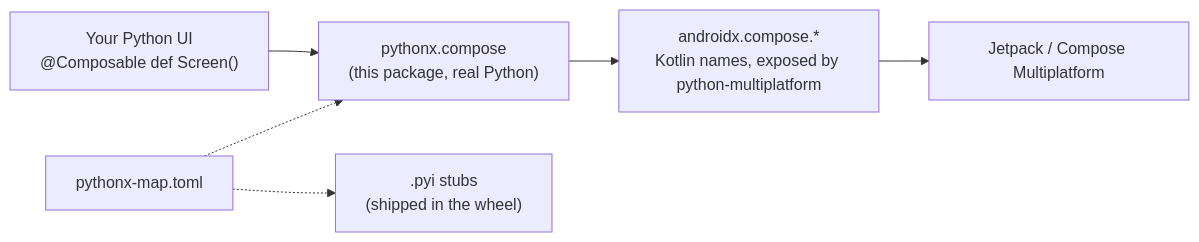
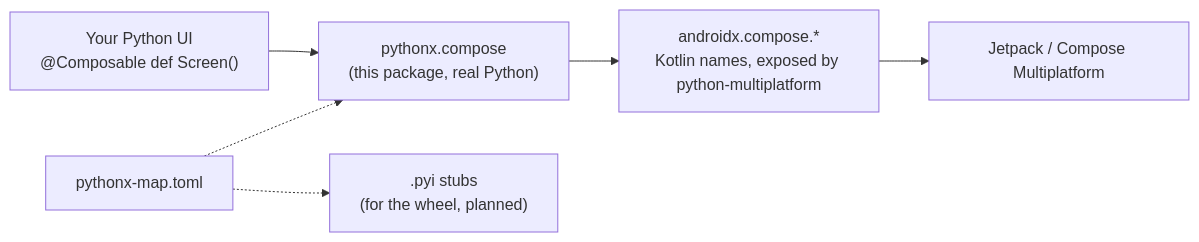
The diagram in README.md (thisisthepy/pythonx-compose), drawn with Mermaid before and after one commit. The commit also changed other lines of this file and 8 other files, not shown here.

````diff
--- a/README.md
+++ b/README.md
@@ -54,8 +62,8 @@
 ```mermaid
 flowchart LR
     app["Your Python UI<br/>@Composable def Screen()"] --> px["pythonx.compose<br/>(this package, real Python)"]
     px --> ax["androidx.compose.*<br/>Kotlin names, exposed by python-multiplatform"]
     ax --> compose["Jetpack / Compose Multiplatform"]
     map["pythonx-map.toml"] -.-> px
-    map -.-> pyi[".pyi stubs<br/>(shipped in the wheel)"]
+    map -.-> pyi[".pyi stubs<br/>(for the wheel, planned)"]
 ```
````
